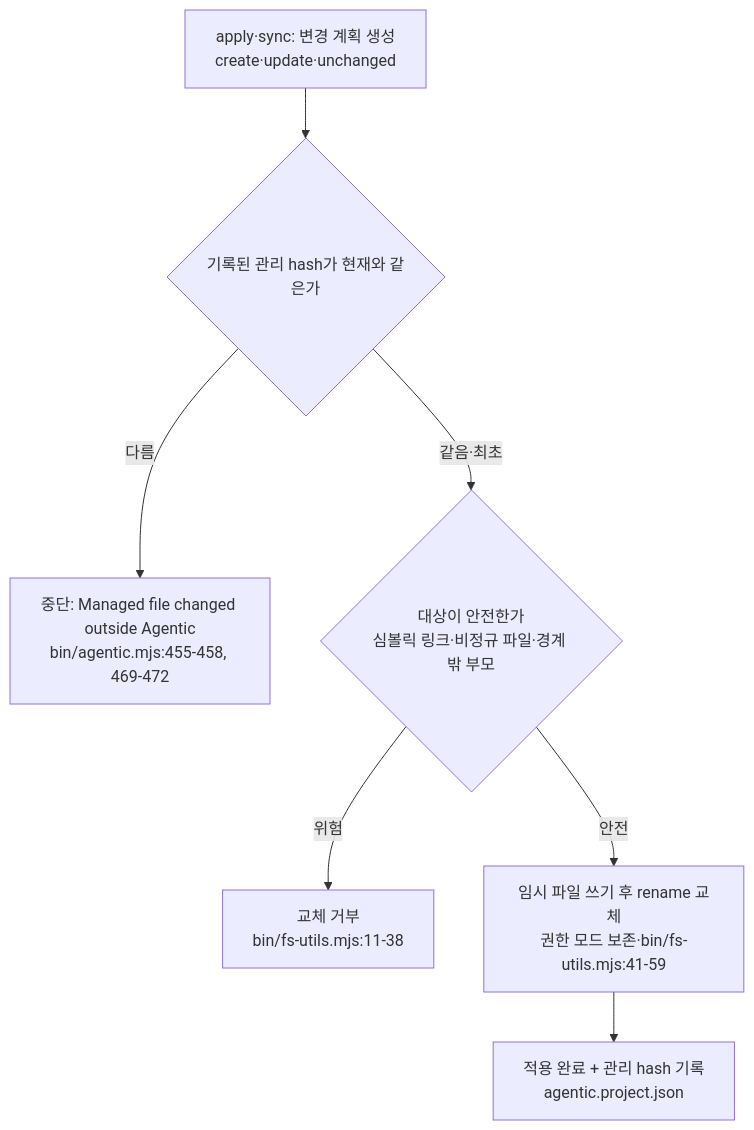
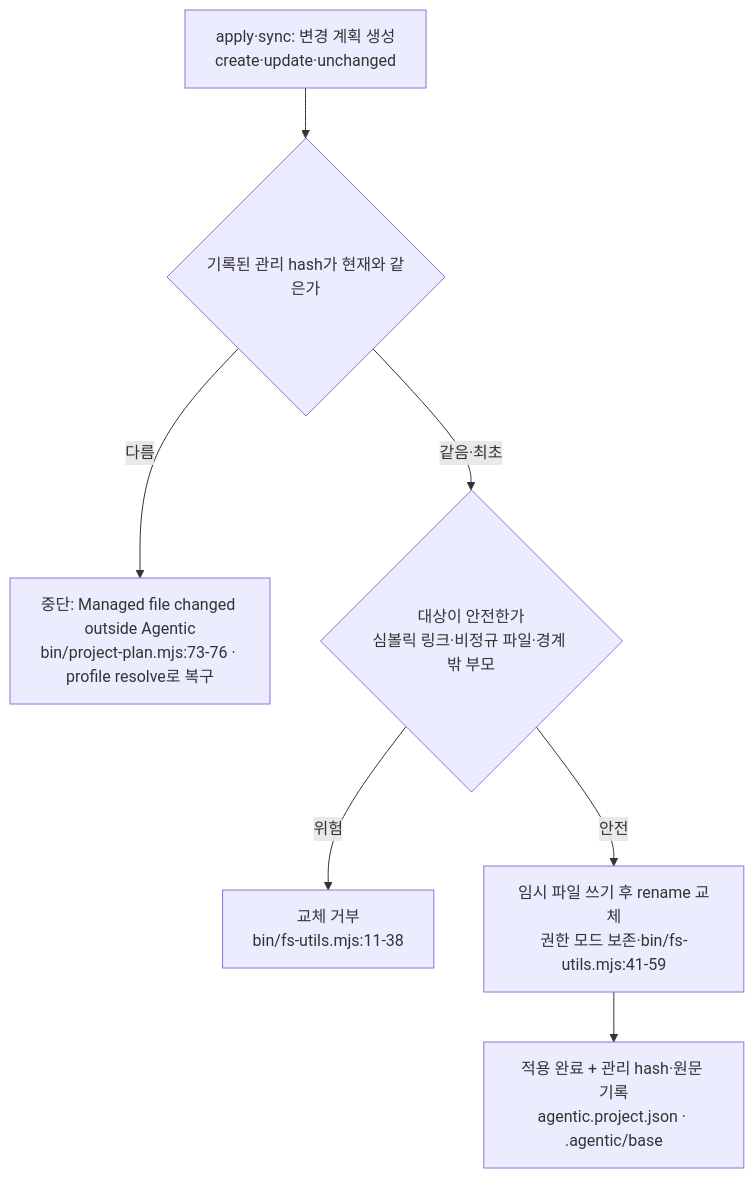
Before and after one commit to IsthisLee/agent-context-manager: the third of 5 diagrams in docs/implementation-principles.md, drawn with Mermaid. The commit also changed other lines of this file and 13 other files, not shown here.

````diff
--- a/docs/implementation-principles.md
+++ b/docs/implementation-principles.md
@@ -405,9 +405,9 @@
 ```mermaid
 flowchart TD
   P["apply·sync: 변경 계획 생성<br/>create·update·unchanged"] --> H{"기록된 관리 hash가 현재와 같은가"}
-  H -->|"다름"| STOP["중단: Managed file changed outside Agentic<br/>bin/agentic.mjs:455-458, 469-472"]
+  H -->|"다름"| STOP["중단: Managed file changed outside Agentic<br/>bin/project-plan.mjs:73-76 · profile resolve로 복구"]
   H -->|"같음·최초"| SAFE{"대상이 안전한가<br/>심볼릭 링크·비정규 파일·경계 밖 부모"}
   SAFE -->|"위험"| REFUSE["교체 거부<br/>bin/fs-utils.mjs:11-38"]
   SAFE -->|"안전"| ATOM["임시 파일 쓰기 후 rename 교체<br/>권한 모드 보존·bin/fs-utils.mjs:41-59"]
-  ATOM --> DONE["적용 완료 + 관리 hash 기록<br/>agentic.project.json"]
+  ATOM --> DONE["적용 완료 + 관리 hash·원문 기록<br/>agentic.project.json · .agentic/base"]
 ```
````
